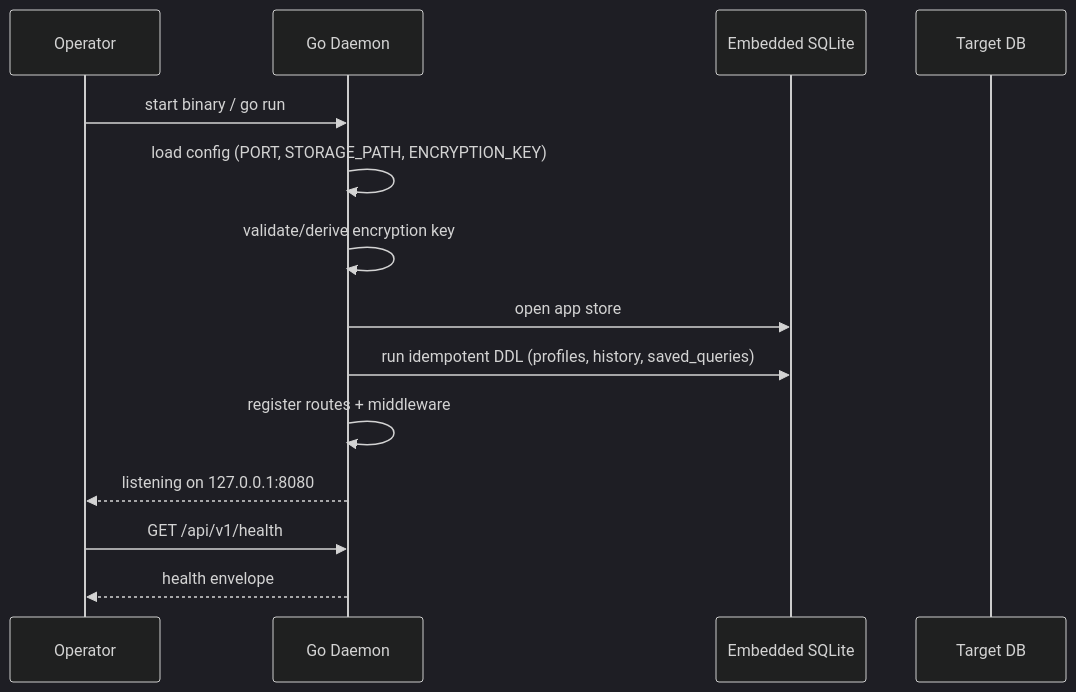
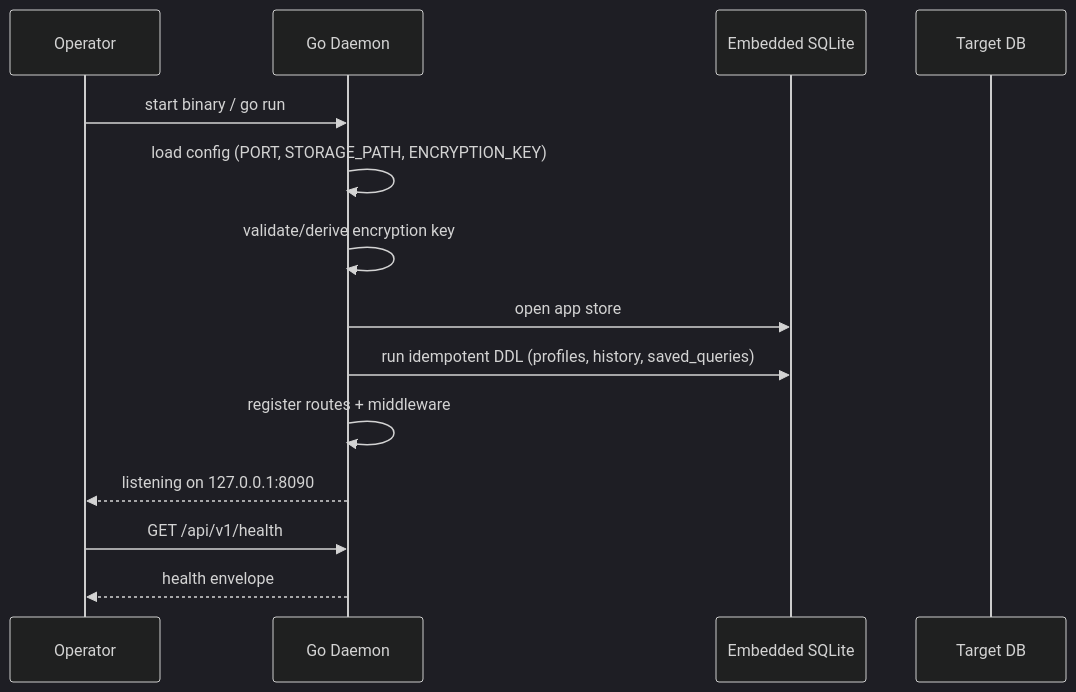
The second of 6 diagrams in docs/architecture.md (alfiannuha/DataDeck), drawn with Mermaid (dark theme) before and after one commit. The commit also changed other lines of this file and 30 other files, not shown here.

````diff
--- a/docs/architecture.md
+++ b/docs/architecture.md
@@ -232,17 +232,17 @@
 ```mermaid
 sequenceDiagram
     participant OP as Operator
     participant BE as Go Daemon
     participant DB as Embedded SQLite
     participant TGT as Target DB
 
     OP->>BE: start binary / go run
     BE->>BE: load config (PORT, STORAGE_PATH, ENCRYPTION_KEY)
     BE->>BE: validate/derive encryption key
     BE->>DB: open app store
     BE->>DB: run idempotent DDL (profiles, history, saved_queries)
     BE->>BE: register routes + middleware
-    BE-->>OP: listening on 127.0.0.1:8080
+    BE-->>OP: listening on 127.0.0.1:8090
     OP->>BE: GET /api/v1/health
     BE-->>OP: health envelope
 ```
````
